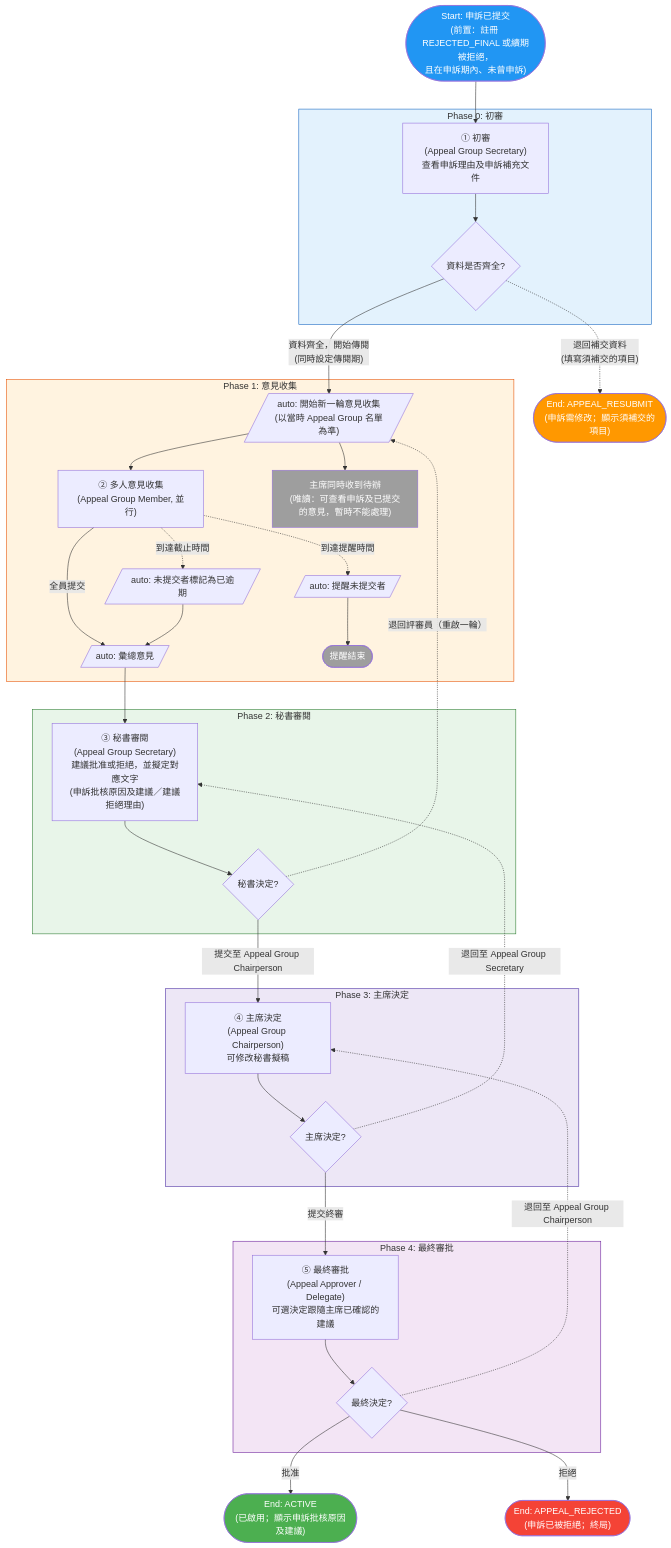
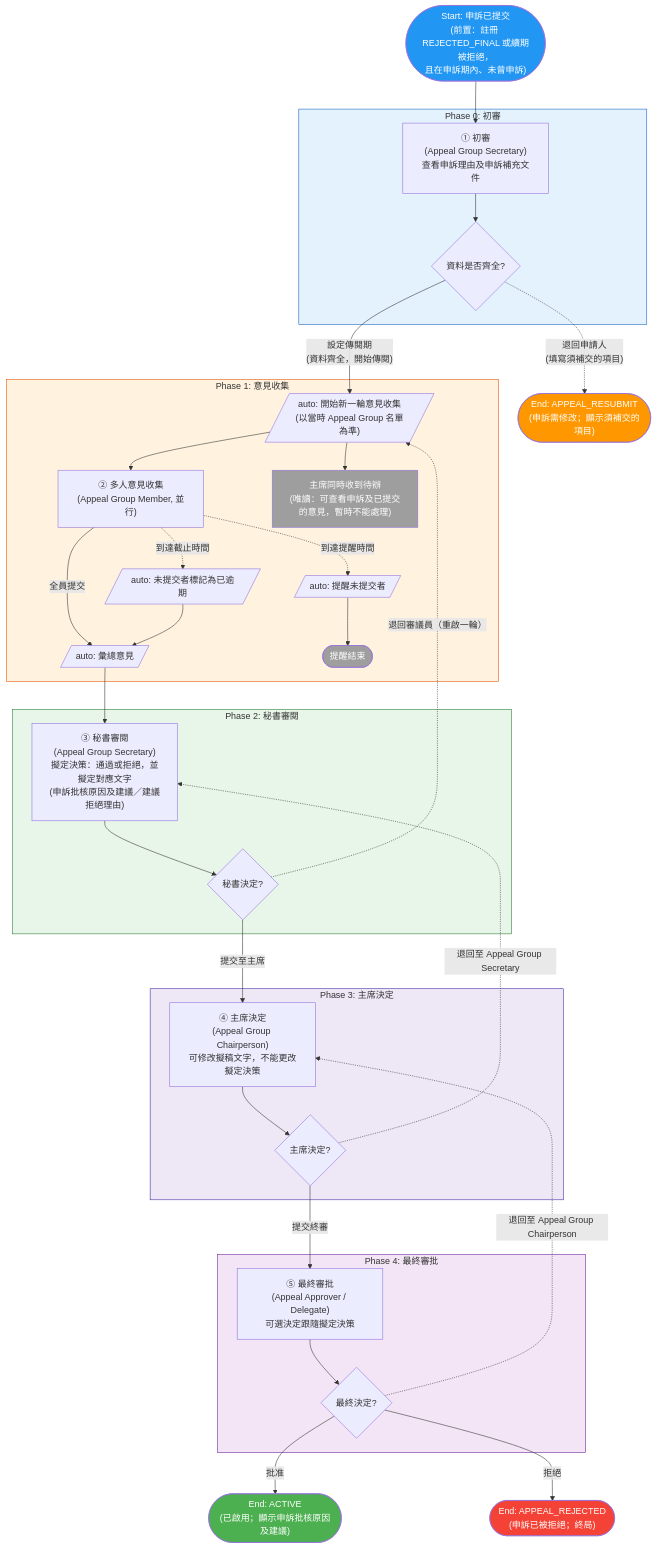
One commit to OneStar-Projects/SLAS-Docs changed the fourth of 6 diagrams in docs/student-org-workflow-flowcharts.md. Above: the diagram before and after it, drawn with Mermaid. The commit also changed other lines of this file and 4 other files, not shown here.

````diff
--- a/docs/student-org-workflow-flowcharts.md
+++ b/docs/student-org-workflow-flowcharts.md
@@ -359,71 +366,71 @@
 ```mermaid
 flowchart TD
     Start(["Start: 申訴已提交<br/>(前置：註冊 REJECTED_FINAL 或續期被拒絕，<br/>且在申訴期內、未曾申訴)"])
     EndSupplement(["End: APPEAL_RESUBMIT<br/>(申訴需修改；顯示須補交的項目)"])
     EndApproved(["End: ACTIVE<br/>(已啟用；顯示申訴批核原因及建議)"])
     EndRejected(["End: APPEAL_REJECTED<br/>(申訴已被拒絕；終局)"])
 
     Start --> AppealSecretaryCheck
 
     subgraph Phase0["Phase 0: 初審"]
         AppealSecretaryCheck["① 初審<br/>(Appeal Group Secretary)<br/>查看申訴理由及申訴補充文件"]
         AppealSecretaryCheck --> InitGate{資料是否齊全?}
     end
 
-    InitGate -.->|"退回補交資料<br/>(填寫須補交的項目)"| EndSupplement
-    InitGate -->|"資料齊全，開始傳閱<br/>(同時設定傳閱期)"| InitOpinion
+    InitGate -.->|"退回申請人<br/>(填寫須補交的項目)"| EndSupplement
+    InitGate -->|"設定傳閱期<br/>(資料齊全，開始傳閱)"| InitOpinion
 
     subgraph Phase1["Phase 1: 意見收集"]
         InitOpinion[/"auto: 開始新一輪意見收集<br/>(以當時 Appeal Group 名單為準)"/]
         InitOpinion --> CollectOpinions["② 多人意見收集<br/>(Appeal Group Member, 並行)"]
         InitOpinion --> AppealChairLocked["主席同時收到待辦<br/>(唯讀：可查看申訴及已提交的意見，暫時不能處理)"]
 
         CollectOpinions -->|"全員提交"| SummarizeOpinions
         CollectOpinions -.->|"到達截止時間"| TimeoutHandler[/"auto: 未提交者標記為已逾期"/]
         CollectOpinions -.->|"到達提醒時間"| SendReminder[/"auto: 提醒未提交者"/]
 
         TimeoutHandler --> SummarizeOpinions
         SendReminder --> ReminderEnd(["提醒結束"])
 
         SummarizeOpinions[/"auto: 彙總意見"/]
     end
 
     SummarizeOpinions --> AppealSecretaryReview
 
     subgraph Phase2["Phase 2: 秘書審閱"]
-        AppealSecretaryReview["③ 秘書審閱<br/>(Appeal Group Secretary)<br/>建議批准或拒絕，並擬定對應文字<br/>(申訴批核原因及建議／建議拒絕理由)"]
+        AppealSecretaryReview["③ 秘書審閱<br/>(Appeal Group Secretary)<br/>擬定決策：通過或拒絕，並擬定對應文字<br/>(申訴批核原因及建議／建議拒絕理由)"]
         AppealSecretaryReview --> SecretaryGate{秘書決定?}
     end
 
-    SecretaryGate -.->|"退回評審員（重啟一輪）"| InitOpinion
-    SecretaryGate -->|"提交至 Appeal Group Chairperson"| AppealChairDecision
+    SecretaryGate -.->|"退回審議員（重啟一輪）"| InitOpinion
+    SecretaryGate -->|"提交至主席"| AppealChairDecision
 
     subgraph Phase3["Phase 3: 主席決定"]
-        AppealChairDecision["④ 主席決定<br/>(Appeal Group Chairperson)<br/>可修改秘書擬稿"]
+        AppealChairDecision["④ 主席決定<br/>(Appeal Group Chairperson)<br/>可修改擬稿文字，不能更改擬定決策"]
         AppealChairDecision --> ChairGate{主席決定?}
     end
 
     ChairGate -.->|"退回至 Appeal Group Secretary"| AppealSecretaryReview
     ChairGate -->|"提交終審"| FinalApproval
 
     subgraph Phase4["Phase 4: 最終審批"]
-        FinalApproval["⑤ 最終審批<br/>(Appeal Approver / Delegate)<br/>可選決定跟隨主席已確認的建議"]
+        FinalApproval["⑤ 最終審批<br/>(Appeal Approver / Delegate)<br/>可選決定跟隨擬定決策"]
         FinalApproval --> FinalGate{最終決定?}
     end
 
     FinalGate -->|"批准"| EndApproved
     FinalGate -->|"拒絕"| EndRejected
     FinalGate -.->|"退回至 Appeal Group Chairperson"| AppealChairDecision
 
     style Start fill:#2196F3,color:#fff
     style EndApproved fill:#4CAF50,color:#fff
     style EndRejected fill:#f44336,color:#fff
     style EndSupplement fill:#FF9800,color:#fff
     style ReminderEnd fill:#9E9E9E,color:#fff
     style AppealChairLocked fill:#9E9E9E,color:#fff
     style Phase0 fill:#E3F2FD,stroke:#1565C0
     style Phase1 fill:#FFF3E0,stroke:#E65100
     style Phase2 fill:#E8F5E9,stroke:#2E7D32
     style Phase3 fill:#EDE7F6,stroke:#4527A0
     style Phase4 fill:#F3E5F5,stroke:#6A1B9A
 ```
````
